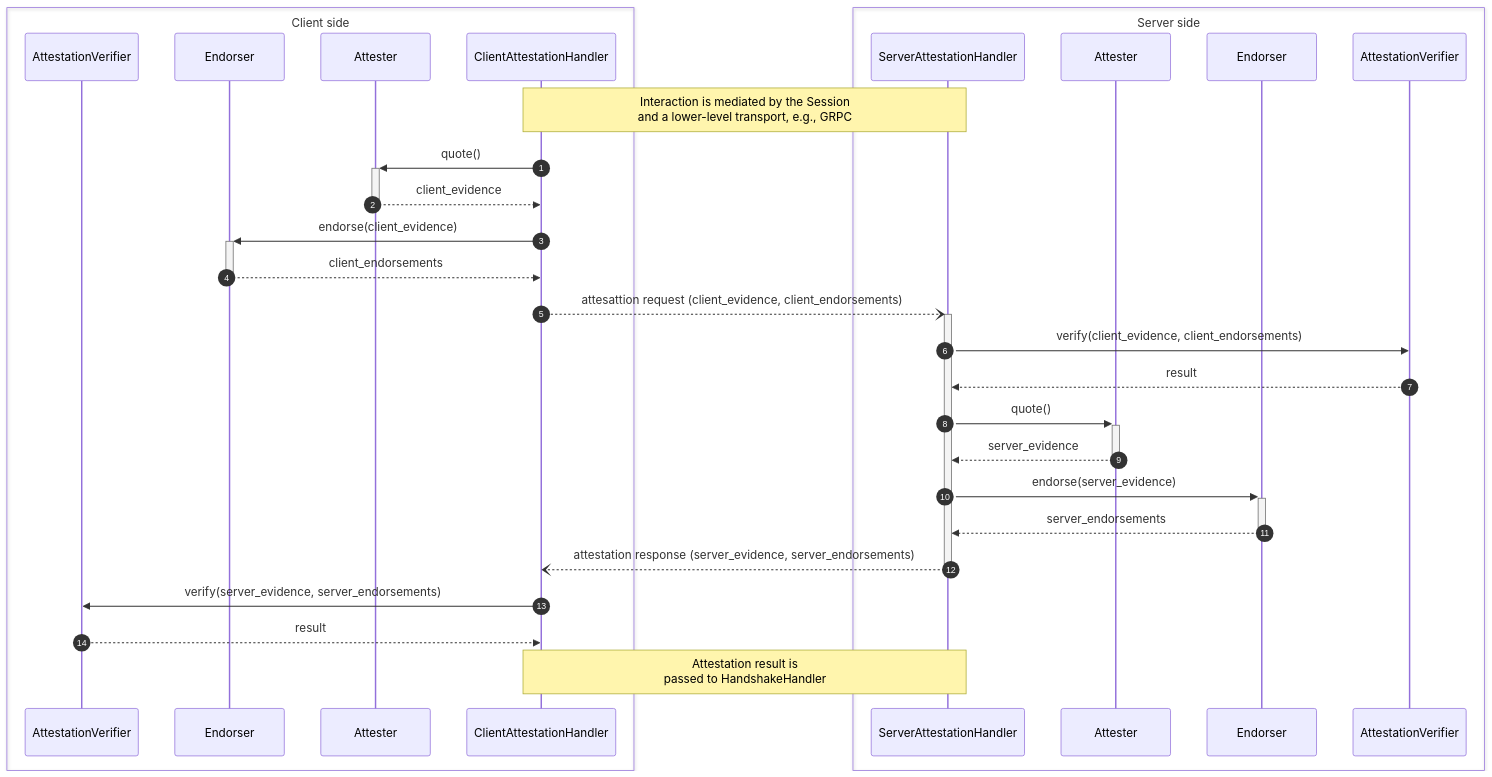
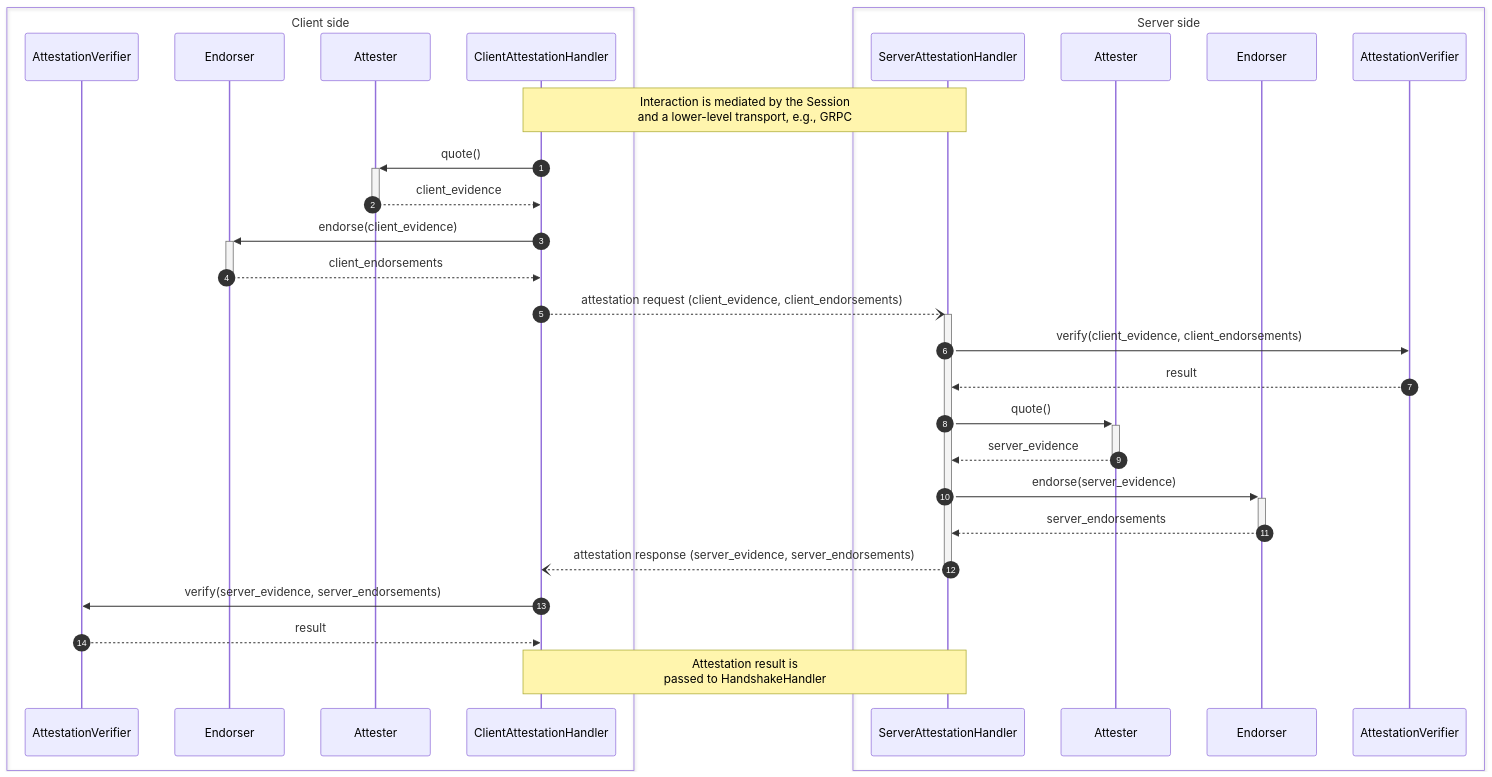
One commit to project-oak/oak changed the third of 5 diagrams in oak_session/README.md. Above: the diagram before and after it, drawn with Mermaid. The commit also changed 1 other file, not shown here.

Commit message:
Fix a few typos with the goal to retrigger presubmit.

````diff
--- a/oak_session/README.md
+++ b/oak_session/README.md
@@ -242,39 +242,39 @@
 ```mermaid
 sequenceDiagram
     autonumber
 
     box Client side
         participant CAV as AttestationVerifier
         participant CE as Endorser
         participant CA as Attester
         participant CAP as ClientAttestationHandler
     end
     box Server side
         participant SAP as ServerAttestationHandler
         participant SA as Attester
         participant SE as Endorser
         participant SAV as AttestationVerifier
     end
 
     Note over CAP,SAP: Interaction is mediated by the Session<br/> and a lower-level transport, e.g., GRPC
     CAP->>+CA: quote()
     CA-->>-CAP: client_evidence
     CAP->>+CE: endorse(client_evidence)
     CE-->>-CAP: client_endorsements
 
-    CAP--)+SAP: attesattion request (client_evidence, client_endorsements)
+    CAP--)+SAP: attestation request (client_evidence, client_endorsements)
 
     SAP->>SAV: verify(client_evidence, client_endorsements)
     SAV-->>SAP: result
     SAP->>+SA: quote()
     SA-->>-SAP: server_evidence
     SAP->>+SE: endorse(server_evidence)
     SE-->>-SAP: server_endorsements
 
     SAP--)-CAP: attestation response (server_evidence, server_endorsements)
 
     CAP->>CAV: verify(server_evidence, server_endorsements)
     CAV-->>CAP: result
 
     Note over CAP, SAP: Attestation result is<br/> passed to HandshakeHandler
 ```
````
